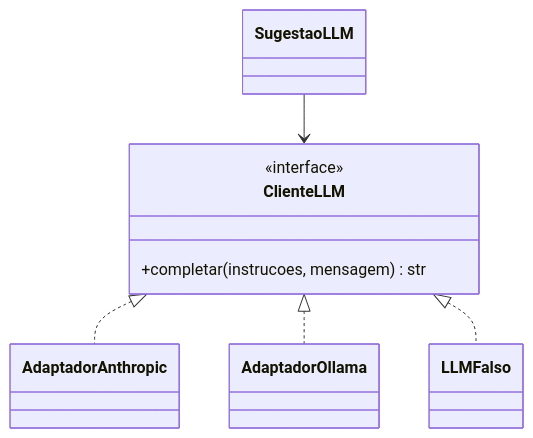
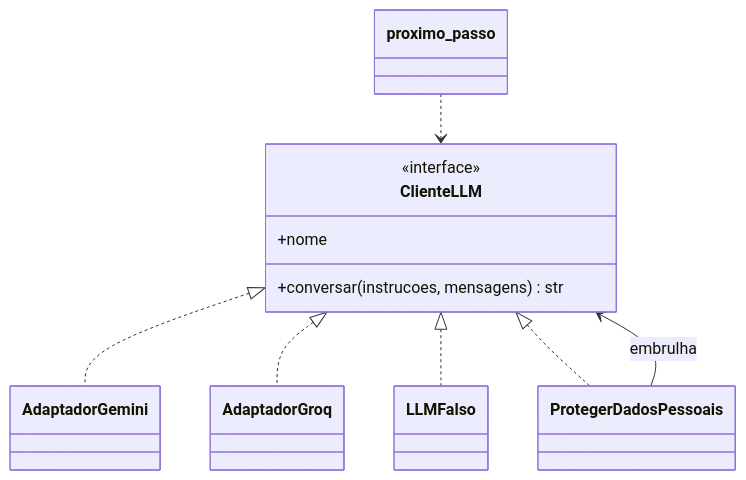
The fourth of 4 diagrams in docs/geral/03-arquitetura-e-padroes.md (Simaooo27/recomendador-ucs-opcionais), drawn with Mermaid before and after one commit. The commit also changed other lines of this file and 21 other files, not shown here.

First line of the commit message:
US30: spike do LLM (Gemini e Groq atrás de ClienteLLM)

````diff
--- a/docs/geral/03-arquitetura-e-padroes.md
+++ b/docs/geral/03-arquitetura-e-padroes.md
@@ -115,14 +115,18 @@
 ```mermaid
 classDiagram
     class ClienteLLM {
         <<interface>>
-        +completar(instrucoes, mensagem) str
+        +nome
+        +conversar(instrucoes, mensagens) str
     }
-    class AdaptadorAnthropic
-    class AdaptadorOllama
+    class AdaptadorGemini
+    class AdaptadorGroq
     class LLMFalso
-    ClienteLLM <|.. AdaptadorAnthropic
-    ClienteLLM <|.. AdaptadorOllama
+    class ProtegerDadosPessoais
+    ClienteLLM <|.. AdaptadorGemini
+    ClienteLLM <|.. AdaptadorGroq
     ClienteLLM <|.. LLMFalso
-    SugestaoLLM --> ClienteLLM
+    ClienteLLM <|.. ProtegerDadosPessoais
+    ProtegerDadosPessoais --> ClienteLLM : embrulha
+    proximo_passo ..> ClienteLLM
 ```
````
